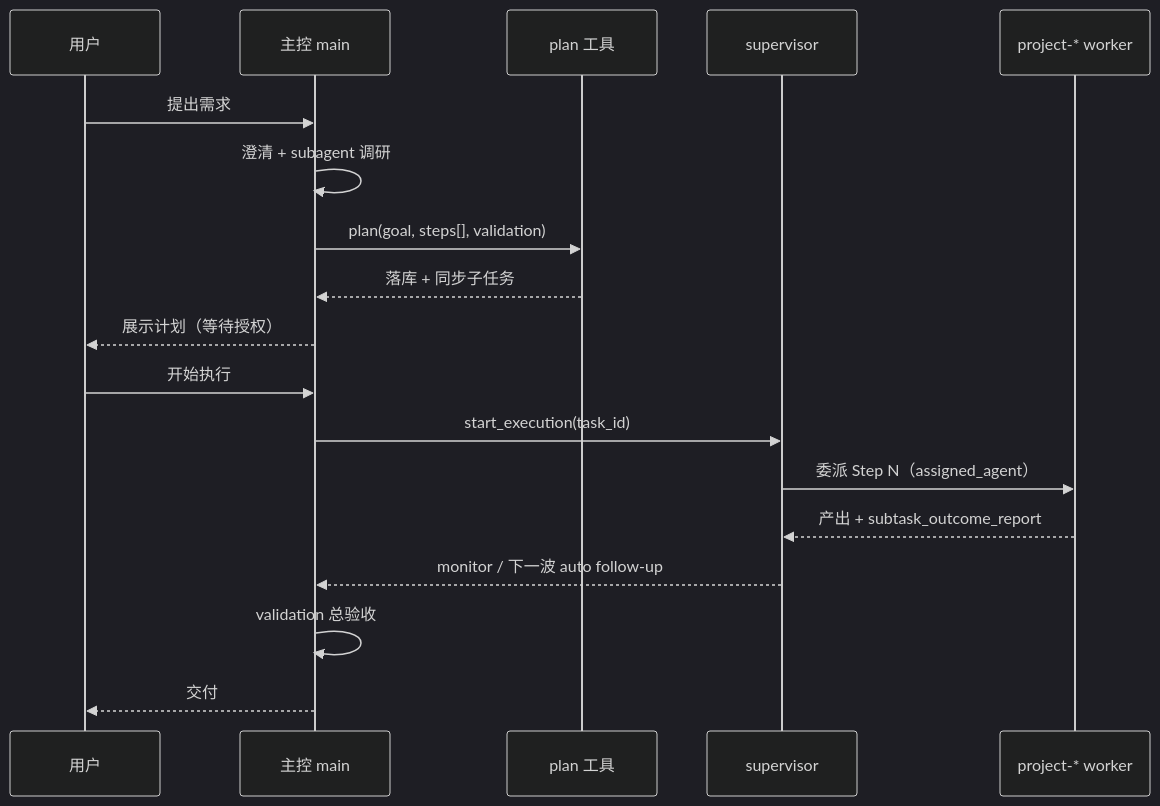
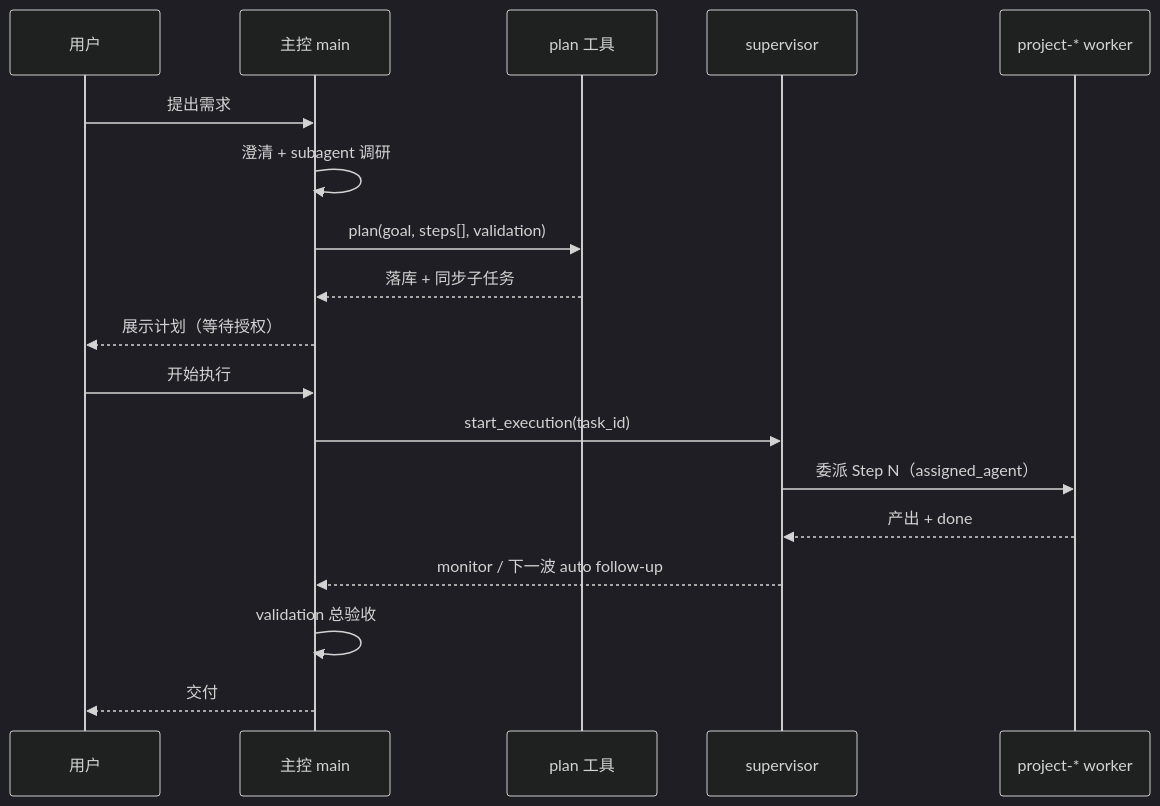
One commit to EvovexAI/EvoFlow changed the third of 3 diagrams in docs/user/guides/chat/project-team-plan-workflow.md. Above: the diagram before and after it, drawn with Mermaid (dark theme). The commit also changed other lines of this file and 46 other files, not shown here.

````diff
--- a/docs/user/guides/chat/project-team-plan-workflow.md
+++ b/docs/user/guides/chat/project-team-plan-workflow.md
@@ -178,21 +178,21 @@
 ```mermaid
 sequenceDiagram
   participant U as 用户
   participant M as 主控 main
   participant P as plan 工具
   participant S as supervisor
   participant W as project-* worker
 
   U->>M: 提出需求
   M->>M: 澄清 + subagent 调研
   M->>P: plan(goal, steps[], validation)
   P-->>M: 落库 + 同步子任务
   M-->>U: 展示计划（等待授权）
   U->>M: 开始执行
   M->>S: start_execution(task_id)
   S->>W: 委派 Step N（assigned_agent）
-  W-->>S: 产出 + subtask_outcome_report
+  W-->>S: 产出 + done
   S-->>M: monitor / 下一波 auto follow-up
   M->>M: validation 总验收
   M-->>U: 交付
 ```
````
